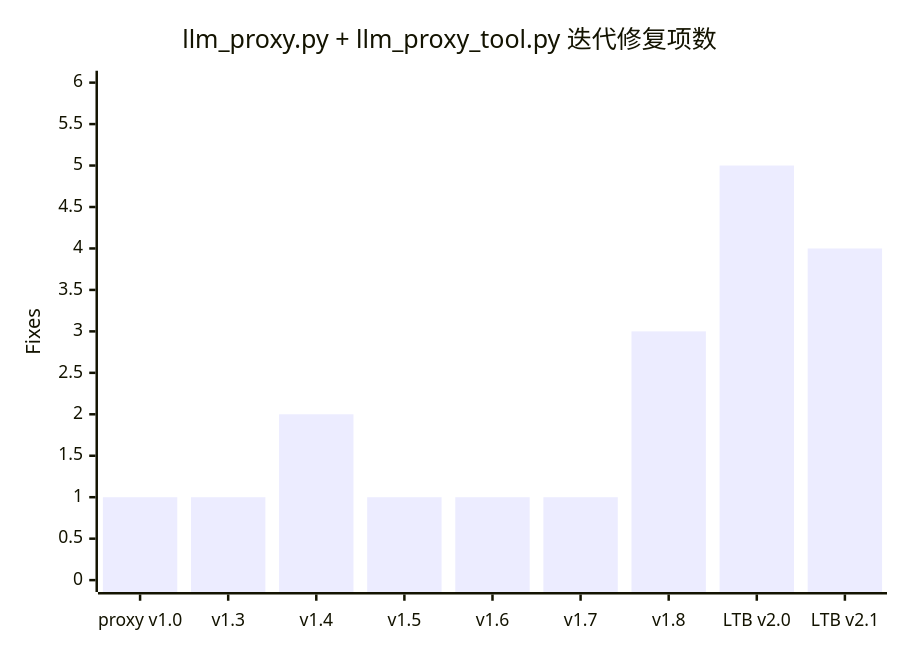
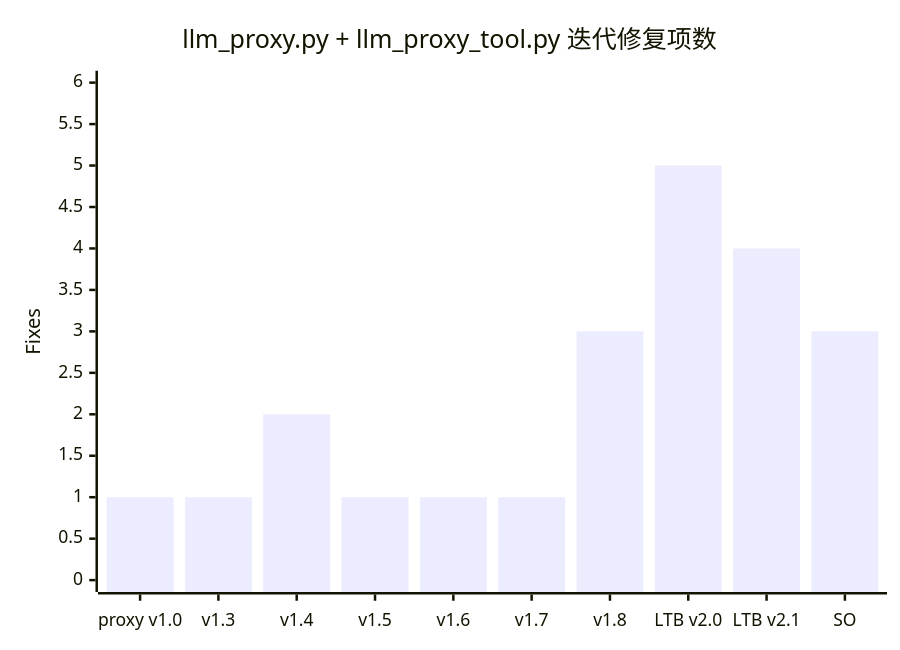
Diagram 11 of 14 in src/LingoFuse_LLM_Service_Work_Summary.md (PassByYou888/LingoFuse-pasAgent-v3), drawn with Mermaid before and after one commit. The commit also changed other lines of this file, not shown here.

````diff
--- a/src/LingoFuse_LLM_Service_Work_Summary.md
+++ b/src/LingoFuse_LLM_Service_Work_Summary.md
@@ -773,7 +1104,7 @@
 ```mermaid
 xychart-beta
     title "llm_proxy.py + llm_proxy_tool.py 迭代修复项数"
-    x-axis ["proxy v1.0", "v1.3", "v1.4", "v1.5", "v1.6", "v1.7", "v1.8", "LTB v2.0", "LTB v2.1"]
+    x-axis ["proxy v1.0", "v1.3", "v1.4", "v1.5", "v1.6", "v1.7", "v1.8", "LTB v2.0", "LTB v2.1", "SO"]
     y-axis "Fixes" 0 --> 6
-    bar [1, 1, 2, 1, 1, 1, 3, 5, 4]
+    bar [1, 1, 2, 1, 1, 1, 3, 5, 4, 3]
 ```
````
